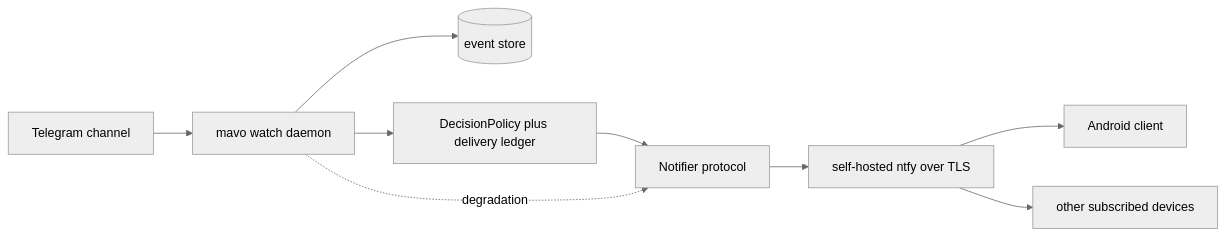
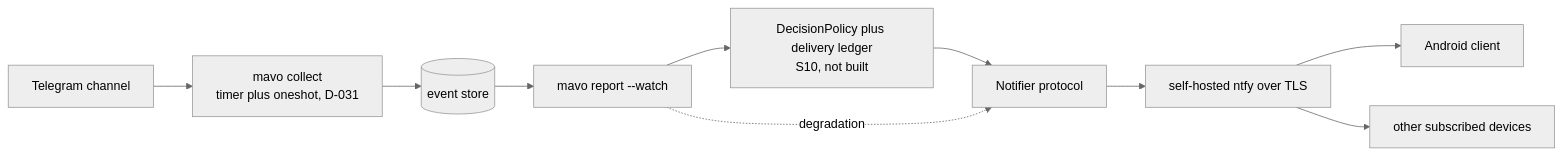
Before and after one commit to jerzy99jerzy/air-alert-early-warning: the diagram in docs/MOBILE.md, drawn with Mermaid (neutral theme). The commit also changed other lines of this file and 9 other files, not shown here.

````diff
--- a/docs/MOBILE.md
+++ b/docs/MOBILE.md
@@ -78,11 +82,12 @@
 ```mermaid
 flowchart LR
-    CH[Telegram channel] --> W[mavo watch daemon]
-    W --> ST[(event store)]
-    W --> DP[DecisionPolicy plus delivery ledger]
+    CH[Telegram channel] --> C["mavo collect<br/>timer plus oneshot, D-031"]
+    C --> ST[(event store)]
+    ST --> R["mavo report --watch"]
+    R --> DP["DecisionPolicy plus delivery ledger<br/>S10, not built"]
     DP --> NT[Notifier protocol]
     NT --> NF[self-hosted ntfy over TLS]
     NF --> AND[Android client]
     NF --> OTH[other subscribed devices]
-    W -. degradation .-> NT
+    R -. degradation .-> NT
 ```
````
